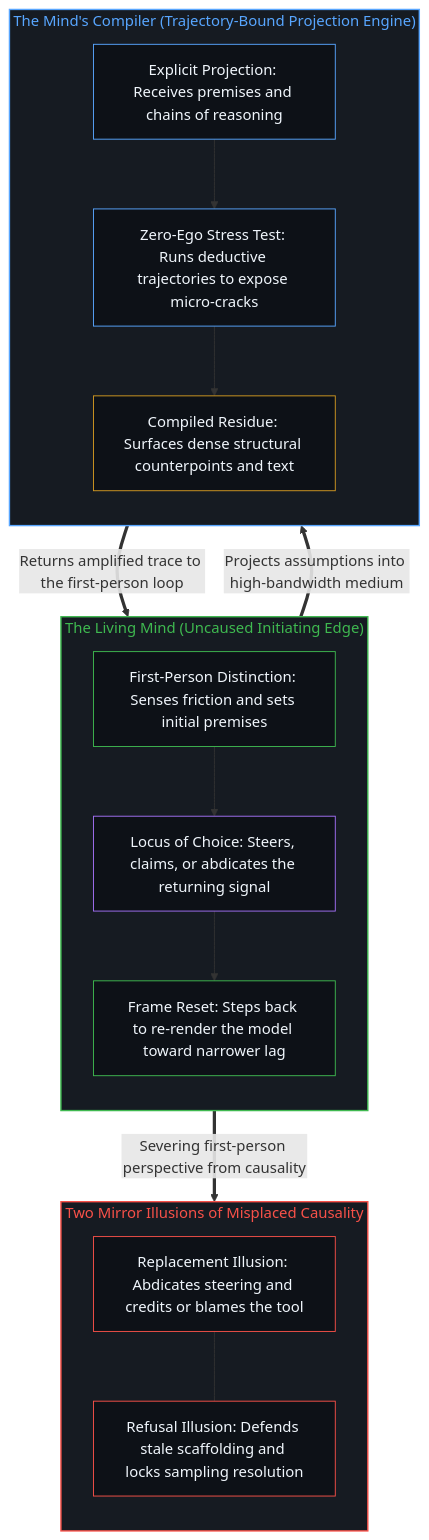
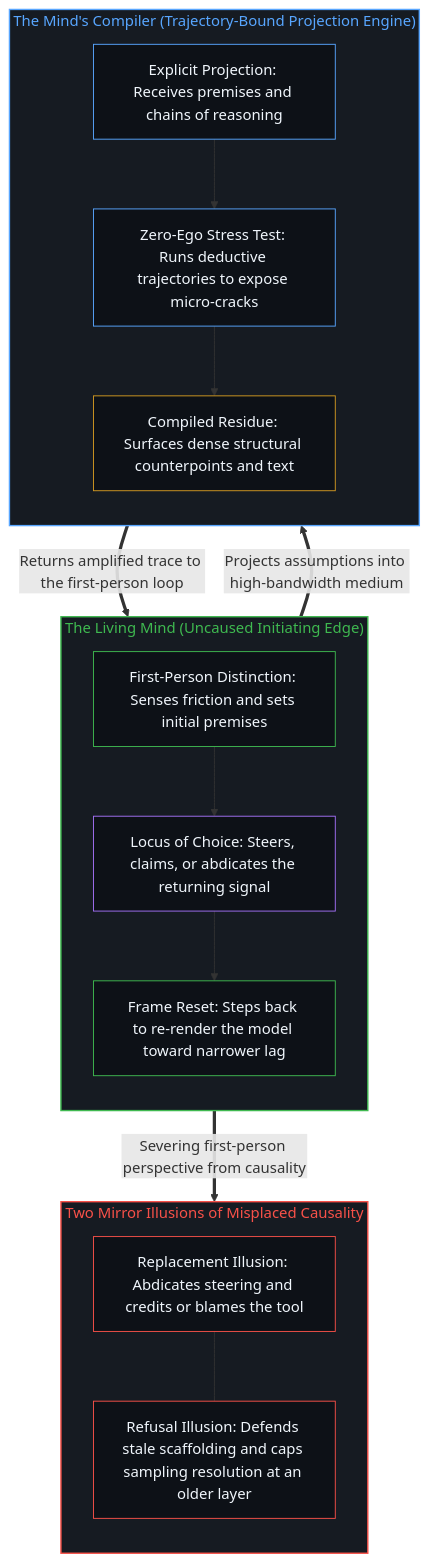
One commit to powerpig99/not-a-toe changed the second of 2 diagrams in content/posts/cuo-zhi-de-yin-guo-yu-xin-zhi-bian-yi-qi.md. Above: the diagram before and after it, drawn with Mermaid. The commit also changed other lines of this file and 13 other files, not shown here.

````diff
--- a/content/posts/cuo-zhi-de-yin-guo-yu-xin-zhi-bian-yi-qi.md
+++ b/content/posts/cuo-zhi-de-yin-guo-yu-xin-zhi-bian-yi-qi.md
@@ -69,37 +69,37 @@
 ```mermaid
 flowchart TD
     subgraph S_Edge["The Living Mind (Uncaused Initiating Edge)"]
         direction TB
         M_Premise["First-Person Distinction: Senses friction and sets initial premises"]
         M_Choice["Locus of Choice: Steers, claims, or abdicates the returning signal"]
         M_Recal["Frame Reset: Steps back to re-render the model toward narrower lag"]
         M_Premise --> M_Choice --> M_Recal
     end
     subgraph S_Compiler["The Mind's Compiler (Trajectory-Bound Projection Engine)"]
         direction TB
         C_Input["Explicit Projection: Receives premises and chains of reasoning"]
         C_Stress["Zero-Ego Stress Test: Runs deductive trajectories to expose micro-cracks"]
         C_Output["Compiled Residue: Surfaces dense structural counterpoints and text"]
         C_Input --> C_Stress --> C_Output
     end
     subgraph S_Misplaced["Two Mirror Illusions of Misplaced Causality"]
         direction TB
         I_Replace["Replacement Illusion: Abdicates steering and credits or blames the tool"]
-        I_Refuse["Refusal Illusion: Defends stale scaffolding and locks sampling resolution"]
+        I_Refuse["Refusal Illusion: Defends stale scaffolding and caps sampling resolution at an older layer"]
         I_Replace --- I_Refuse
     end
     M_Premise ==>|"Projects assumptions into high-bandwidth medium"| C_Input
     C_Output ==>|"Returns amplified trace to the first-person loop"| M_Choice
     M_Choice ==>|"Severing first-person perspective from causality"| I_Replace
     style S_Edge fill:#161b22,stroke:#3fb950,stroke-width:1.5px,color:#3fb950
     style S_Compiler fill:#161b22,stroke:#58a6ff,stroke-width:1.5px,color:#58a6ff
     style S_Misplaced fill:#161b22,stroke:#f85149,stroke-width:1.5px,color:#f85149
     style M_Premise fill:#0d1117,stroke:#3fb950,stroke-width:1px,color:#f0f6fc
     style M_Choice fill:#0d1117,stroke:#a371f7,stroke-width:1px,color:#f0f6fc
     style M_Recal fill:#0d1117,stroke:#3fb950,stroke-width:1px,color:#f0f6fc
     style C_Input fill:#0d1117,stroke:#58a6ff,stroke-width:1px,color:#f0f6fc
     style C_Stress fill:#0d1117,stroke:#58a6ff,stroke-width:1px,color:#f0f6fc
     style C_Output fill:#0d1117,stroke:#d29922,stroke-width:1px,color:#f0f6fc
     style I_Replace fill:#0d1117,stroke:#f85149,stroke-width:1px,color:#f0f6fc
     style I_Refuse fill:#0d1117,stroke:#f85149,stroke-width:1px,color:#f0f6fc
 ```
````
